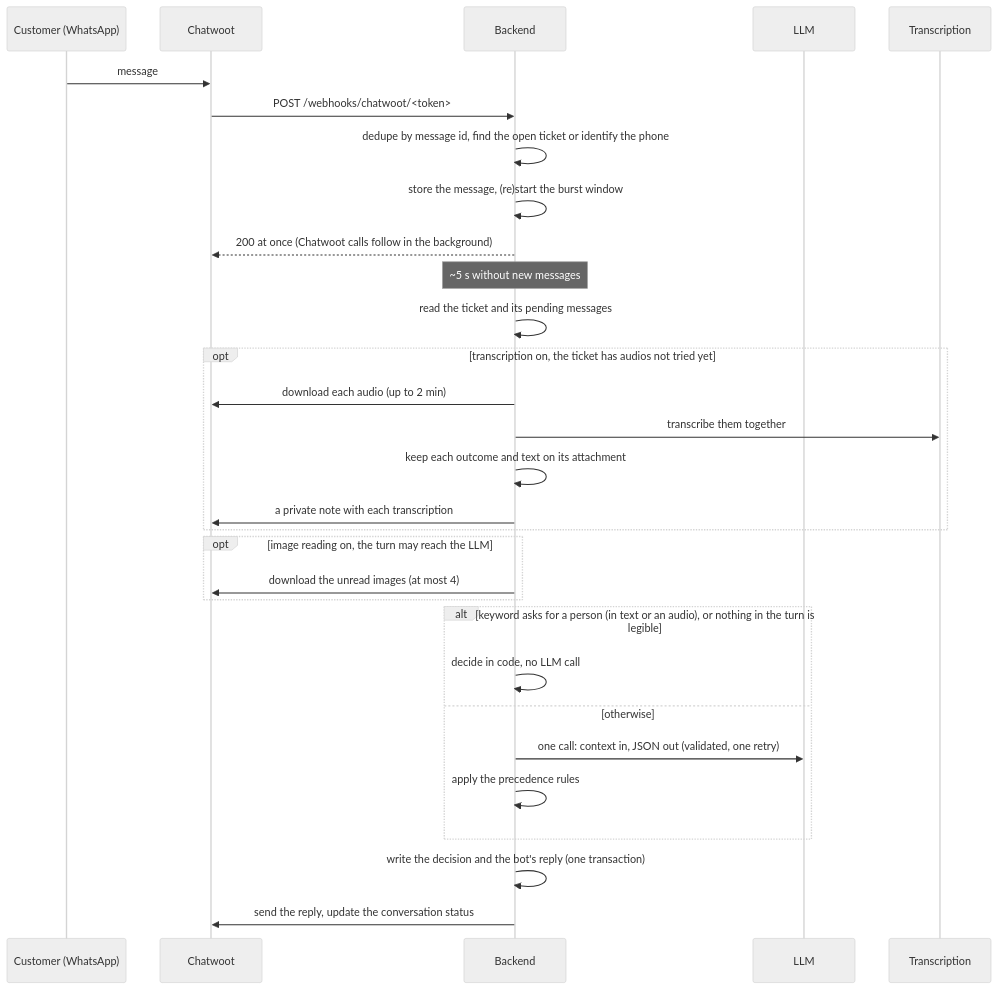
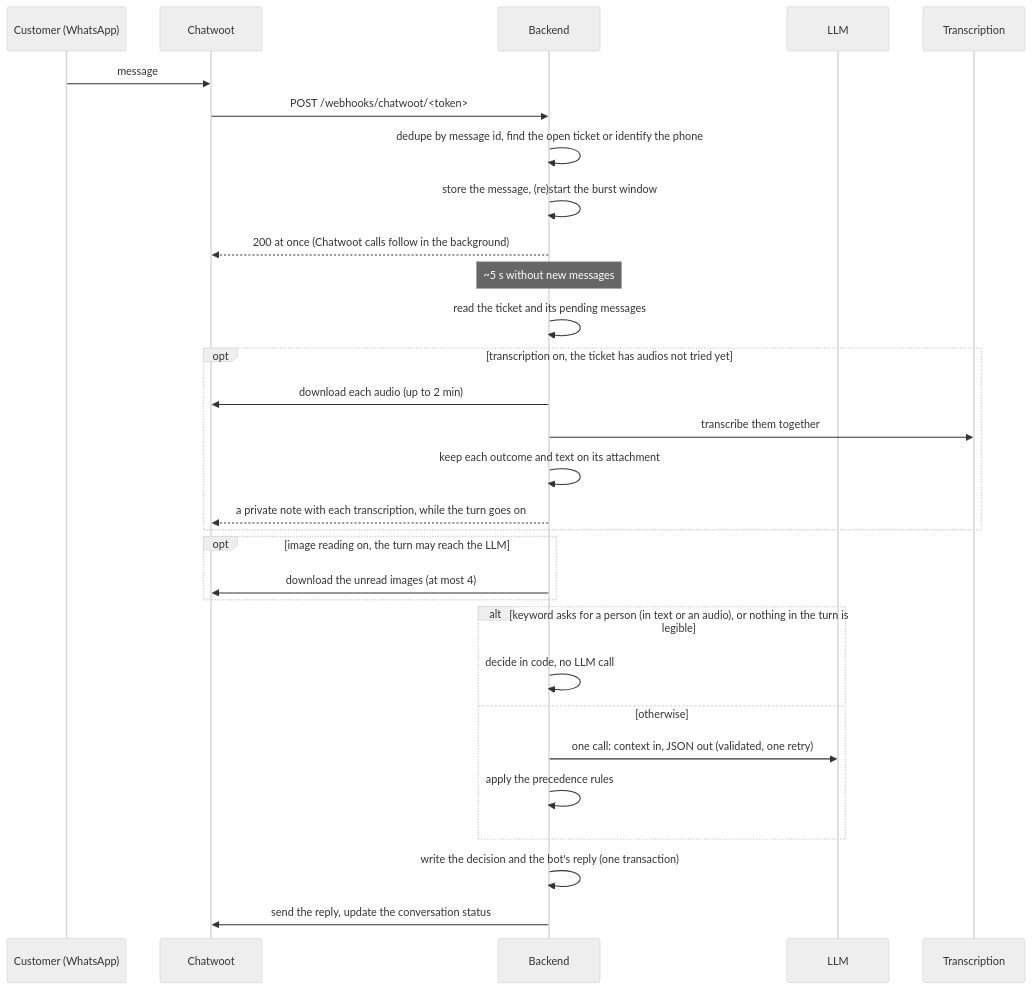
The second of 2 diagrams in docs/architecture.md (cauedev30/chatbot-atendimento-geniai), drawn with Mermaid (neutral theme) before and after one commit. The commit also changed other lines of this file, not shown here.

Commit message:
docs: describe the requests for text that never say the bot cannot hear audio and the note posted while the turn decides

````diff
--- a/docs/architecture.md
+++ b/docs/architecture.md
@@ -65,32 +65,32 @@
 ```mermaid
 sequenceDiagram
     participant C as Customer (WhatsApp)
     participant CW as Chatwoot
     participant B as Backend
     participant L as LLM
     participant T as Transcription
     C->>CW: message
     CW->>B: POST /webhooks/chatwoot/<token>
     B->>B: dedupe by message id, find the open ticket or identify the phone
     B->>B: store the message, (re)start the burst window
     B-->>CW: 200 at once (Chatwoot calls follow in the background)
     Note over B: ~5 s without new messages
     B->>B: read the ticket and its pending messages
     opt transcription on, the ticket has audios not tried yet
         B->>CW: download each audio (up to 2 min)
         B->>T: transcribe them together
         B->>B: keep each outcome and text on its attachment
-        B->>CW: a private note with each transcription
+        B-->>CW: a private note with each transcription, while the turn goes on
     end
     opt image reading on, the turn may reach the LLM
         B->>CW: download the unread images (at most 4)
     end
     alt keyword asks for a person (in text or an audio), or nothing in the turn is legible
         B->>B: decide in code, no LLM call
     else otherwise
         B->>L: one call: context in, JSON out (validated, one retry)
         B->>B: apply the precedence rules
     end
     B->>B: write the decision and the bot's reply (one transaction)
     B->>CW: send the reply, update the conversation status
 ```
````
